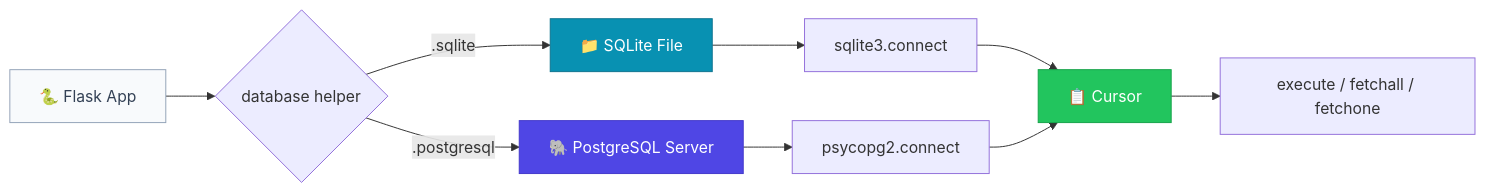
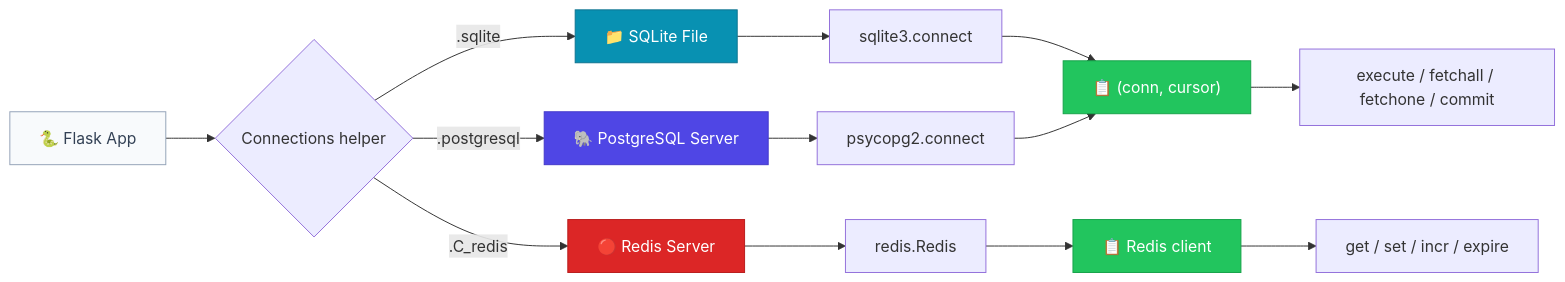
The fourth of 6 diagrams in README.md (OverLimit-OL/Ol_Utills), drawn with Mermaid before and after one commit. The commit also changed other lines of this file and 3 other files, not shown here.

````diff
--- a/README.md
+++ b/README.md
@@ -433,20 +479,26 @@
 ```mermaid
 flowchart LR
-    App["🐍 Flask App"] --> DB{"database helper"}
+    App["🐍 Flask App"] --> DB{"Connections helper"}
 
     DB -->|".sqlite"| SQ["📁 SQLite File"]
     DB -->|".postgresql"| PG["🐘 PostgreSQL Server"]
+    DB -->|".C_redis"| RD["🔴 Redis Server"]
 
     SQ --> SQC["sqlite3.connect"]
     PG --> PGC["psycopg2.connect"]
+    RD --> RDC["redis.Redis"]
 
-    SQC --> Cursor["📋 Cursor"]
-    PGC --> Cursor
+    SQC --> Tuple["📋 (conn, cursor)"]
+    PGC --> Tuple
+    RDC --> Client["📋 Redis client"]
 
-    Cursor --> Ops["execute / fetchall / fetchone"]
+    Tuple --> Ops["execute / fetchall / fetchone / commit"]
+    Client --> ROps["get / set / incr / expire"]
 
     style App fill:#f8fafc,stroke:#94a3b8,color:#334155
     style SQ fill:#0891b2,stroke:#0e7490,color:#fff
     style PG fill:#4f46e5,stroke:#4338ca,color:#fff
-    style Cursor fill:#22c55e,stroke:#16a34a,color:#fff
+    style RD fill:#dc2626,stroke:#b91c1c,color:#fff
+    style Tuple fill:#22c55e,stroke:#16a34a,color:#fff
+    style Client fill:#22c55e,stroke:#16a34a,color:#fff
 ```
````
